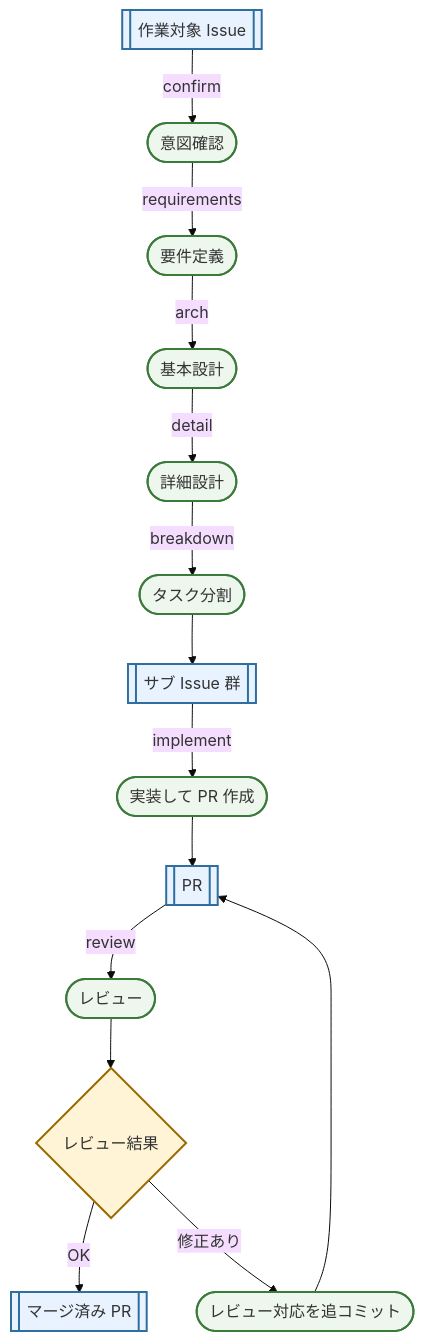
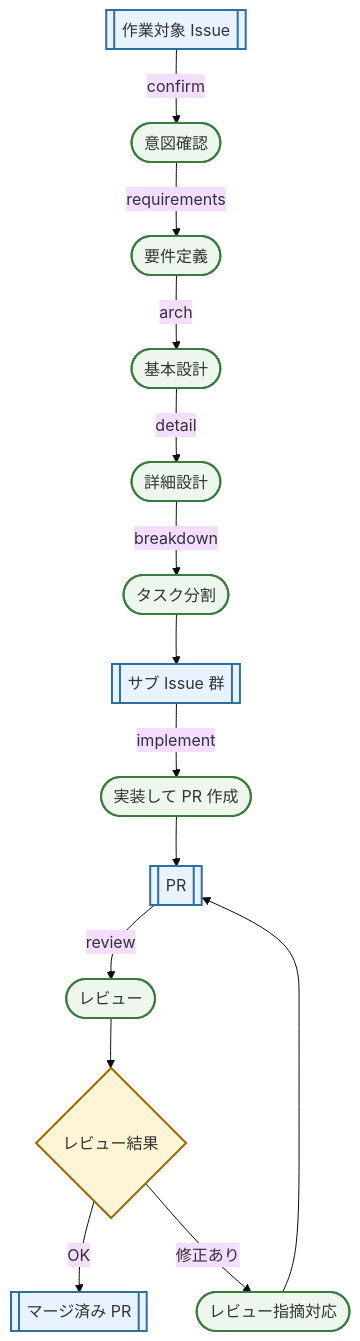
Before and after one commit to Hiroshiba/vv-ai: the diagram in README.md, drawn with Mermaid (base theme). The commit also changed other lines of this file and 21 other files, not shown here.

````diff
--- a/README.md
+++ b/README.md
@@ -11,38 +11,38 @@
 ```mermaid
 flowchart TD
   issue[["作業対象 Issue"]]
   intent(["意図確認"])
   requirements(["要件定義"])
   arch(["基本設計"])
   detail(["詳細設計"])
   breakdown(["タスク分割"])
   subissues[["サブ Issue 群"]]
   implement_issue(["実装して PR 作成"])
   pr[["PR"]]
   review(["レビュー"])
   review_result{"レビュー結果"}
-  implement_pr(["レビュー対応を追コミット"])
+  address(["レビュー指摘対応"])
   merged[["マージ済み PR"]]
 
   issue -- "confirm" --> intent
   intent -- "requirements" --> requirements
   requirements -- "arch" --> arch
   arch -- "detail" --> detail
   detail -- "breakdown" --> breakdown
   breakdown --> subissues
   subissues -- "implement" --> implement_issue
   implement_issue --> pr
   pr -- "review" --> review
   review --> review_result
   review_result -- "OK" --> merged
-  review_result -- "修正あり" --> implement_pr
-  implement_pr --> pr
+  review_result -- "修正あり" --> address
+  address --> pr
 
   class issue,subissues,pr,merged githubObject
-  class intent,requirements,arch,detail,breakdown,implement_issue,review,implement_pr aiStep
+  class intent,requirements,arch,detail,breakdown,implement_issue,review,address aiStep
   class review_result decision
 
   classDef githubObject fill:#e8f3ff,stroke:#2f6f9f,stroke-width:2px
   classDef aiStep fill:#edf7ed,stroke:#3c7a3c,stroke-width:2px
   classDef decision fill:#fff4d6,stroke:#9a6a00,stroke-width:2px
 ```
````
